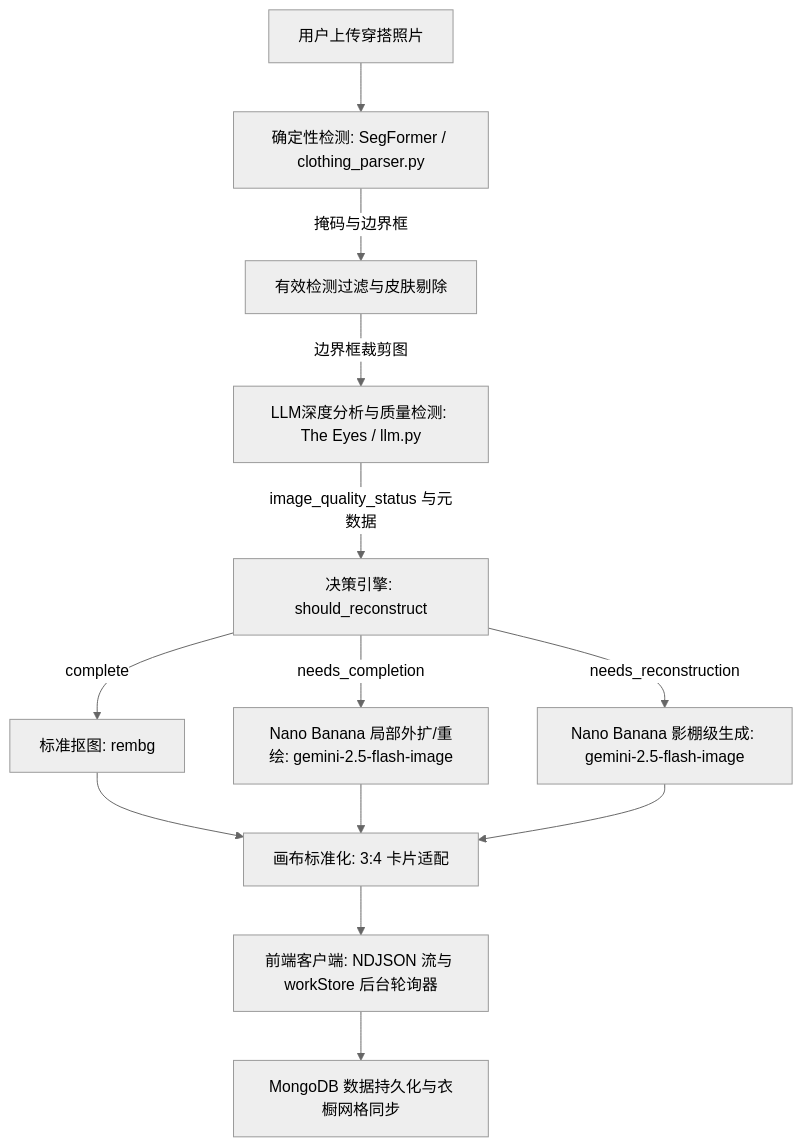
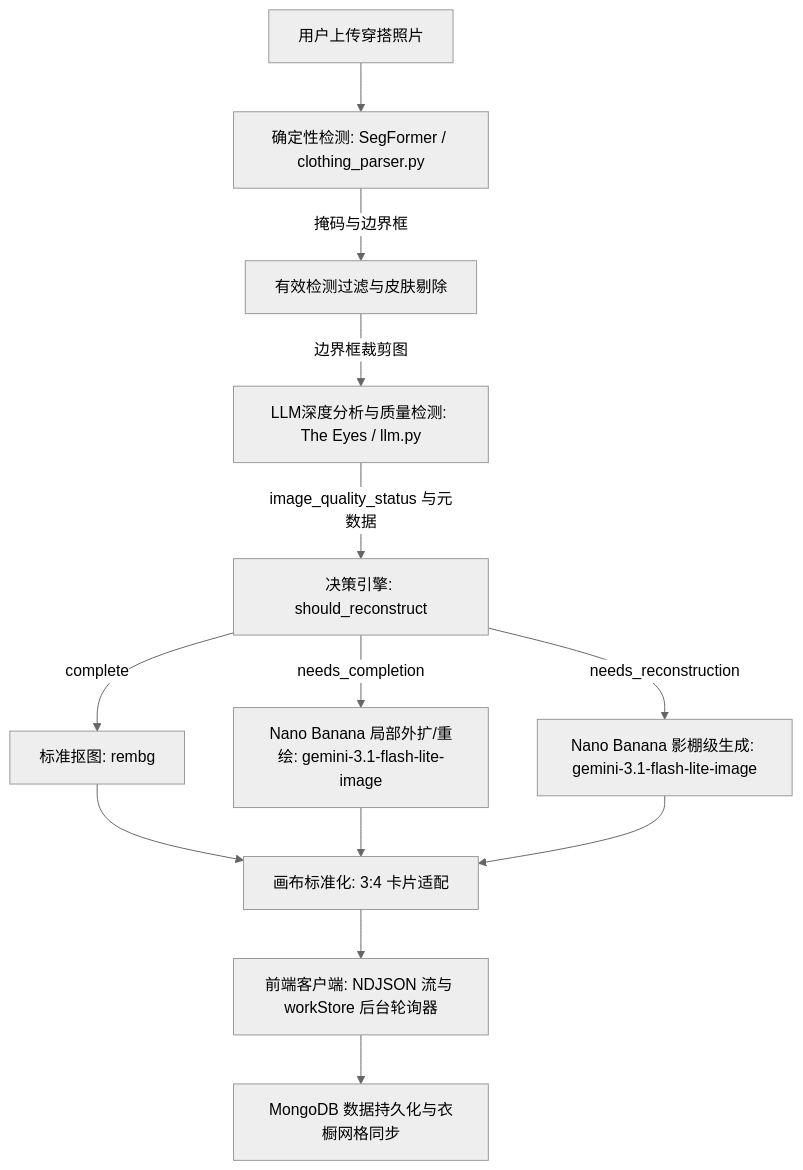
Before and after one commit to Yoram-Jacobs/DressAppV1: the diagram in wiki/zh/garmentvision.md, drawn with Mermaid (neutral theme). The commit also changed other lines of this file and 66 other files, not shown here.

````diff
--- a/wiki/zh/garmentvision.md
+++ b/wiki/zh/garmentvision.md
@@ -18,17 +18,17 @@
 ```mermaid
 graph TD
     A[用户上传穿搭照片] --> B[确定性检测: SegFormer / clothing_parser.py]
     B -->|掩码与边界框| C[有效检测过滤与皮肤剔除]
     C -->|边界框裁剪图| D[LLM深度分析与质量检测: The Eyes / llm.py]
     D -->|image_quality_status 与元数据| E[决策引擎: should_reconstruct]
     
     E -->|complete| F[标准抠图: rembg]
-    E -->|needs_completion| G[Nano Banana 局部外扩/重绘: gemini-2.5-flash-image]
-    E -->|needs_reconstruction| H[Nano Banana 影棚级生成: gemini-2.5-flash-image]
+    E -->|needs_completion| G[Nano Banana 局部外扩/重绘: gemini-3.1-flash-lite-image]
+    E -->|needs_reconstruction| H[Nano Banana 影棚级生成: gemini-3.1-flash-lite-image]
     
     F --> I[画布标准化: 3:4 卡片适配]
     G --> I
     H --> I
     I --> J[前端客户端: NDJSON 流与 workStore 后台轮询器]
     J --> K[MongoDB 数据持久化与衣橱网格同步]
 ```
````
